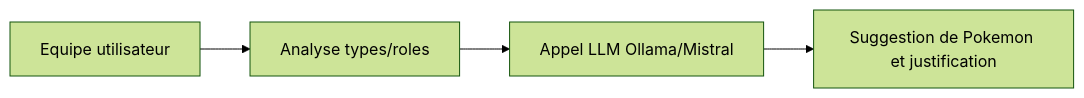
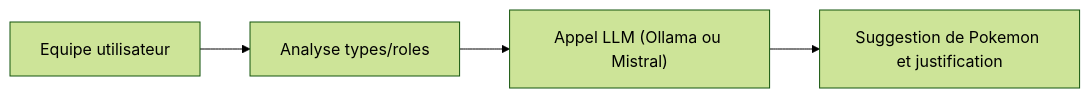
One commit to Thibault-megard1/pokedex-ai-v2 changed the third of 4 diagrams in docs/ia.md. Above: the diagram before and after it, drawn with Mermaid (forest theme). The commit also changed other lines of this file and 27 other files, not shown here.

````diff
--- a/docs/ia.md
+++ b/docs/ia.md
@@ -63,6 +63,6 @@
 ```mermaid
 graph LR
-	Team[Equipe utilisateur] --> Analyse[Analyse types/roles]
-	Analyse --> LLM[Appel LLM Ollama/Mistral]
-	LLM --> Suggestion[Suggestion de Pokemon et justification]
+  Team["Equipe utilisateur"] --> Analyse["Analyse types/roles"]
+  Analyse --> LLM["Appel LLM (Ollama ou Mistral)"]
+  LLM --> Suggestion["Suggestion de Pokemon et justification"]
 ```
````
